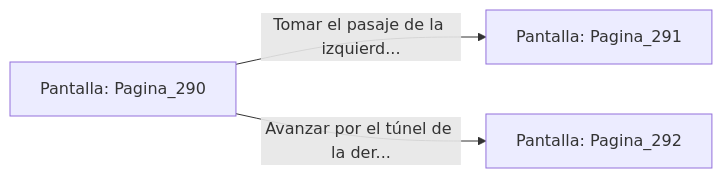
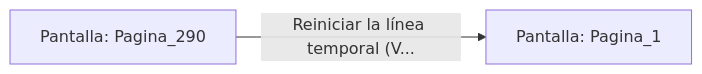
Before and after one commit to metsuke/mpl: the diagram in sample/eligejuego-vault/Pantalla_Pagina_290.md, drawn with Mermaid. The commit also changed other lines of this file and 635 other files, not shown here.

First line of the commit message:
fix: añadir Pagina_1 como pantalla inicial en capitulo_01.mpl

````diff
--- a/sample/eligejuego-vault/Pantalla_Pagina_290.md
+++ b/sample/eligejuego-vault/Pantalla_Pagina_290.md
@@ -20,6 +17,5 @@
 ```mermaid
 graph LR
     P_Pagina_290["Pantalla: Pagina_290"]
-    P_Pagina_290 -->|"Tomar el pasaje de la izquierd..."| P_Pagina_291["Pantalla: Pagina_291"]
-    P_Pagina_290 -->|"Avanzar por el túnel de la der..."| P_Pagina_292["Pantalla: Pagina_292"]
+    P_Pagina_290 -->|"Reiniciar la línea temporal (V..."| P_Pagina_1["Pantalla: Pagina_1"]
 ```
````
